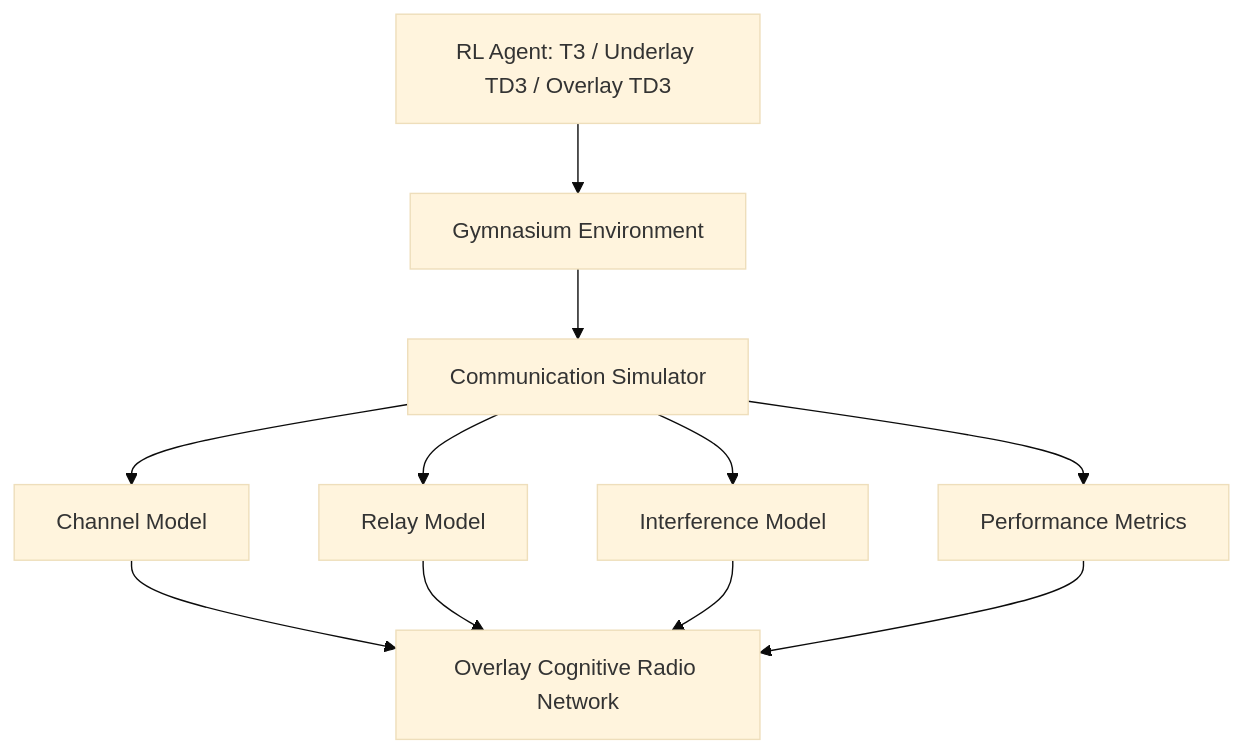
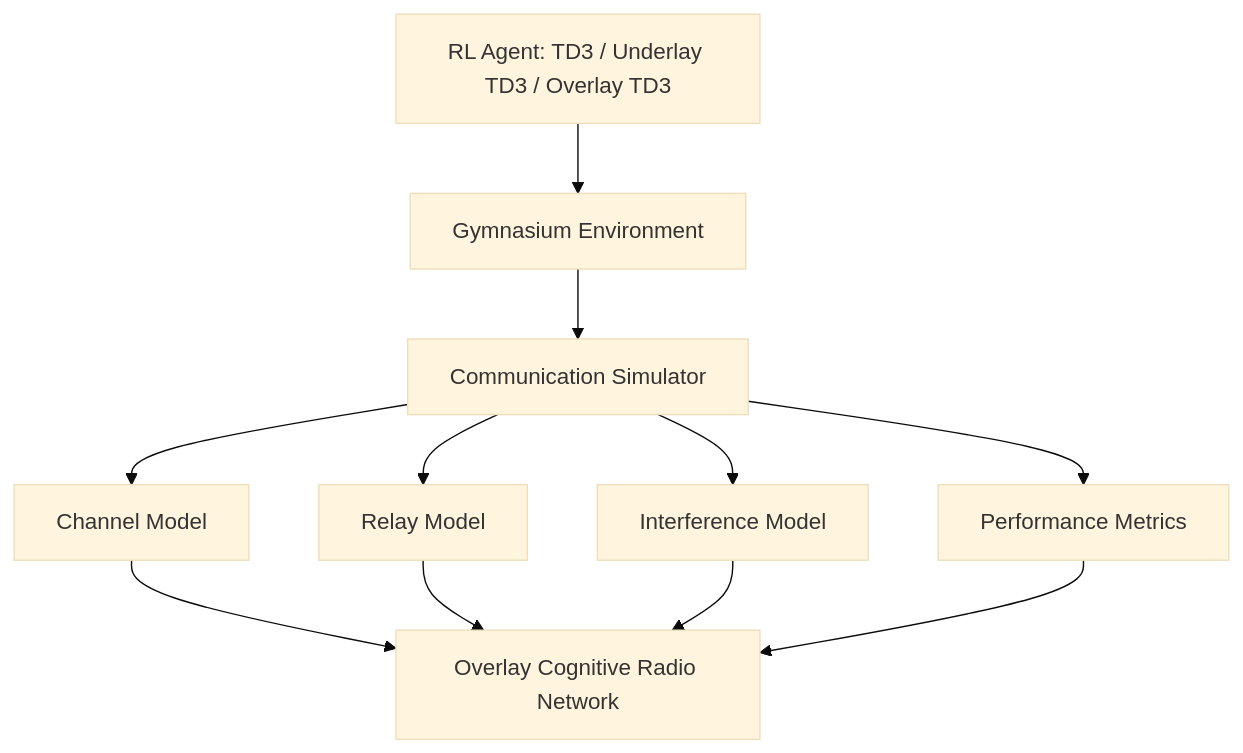
One commit to Ryan-gomezzz/crn_overlay- changed the first of 4 diagrams in README.md. Above: the diagram before and after it, drawn with Mermaid (base theme). The commit also changed other lines of this file and 38 other files, not shown here.

````diff
--- a/README.md
+++ b/README.md
@@ -53,32 +53,32 @@
 ```mermaid
 flowchart TD
 
-A[RL Agent: T3 / Underlay TD3 / Overlay TD3]
+A[RL Agent: TD3 / Underlay TD3 / Overlay TD3]
 
 B[Gymnasium Environment]
 
 C[Communication Simulator]
 
 D[Channel Model]
 
 E[Relay Model]
 
 F[Interference Model]
 
 G[Performance Metrics]
 
 H[Overlay Cognitive Radio Network]
 
 A --> B
 B --> C
 
 C --> D
 C --> E
 C --> F
 C --> G
 
 D --> H
 E --> H
 F --> H
 G --> H
 ```
````
